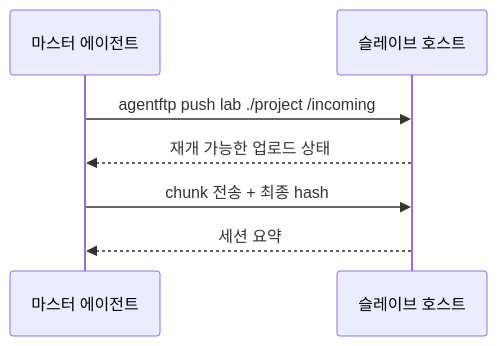
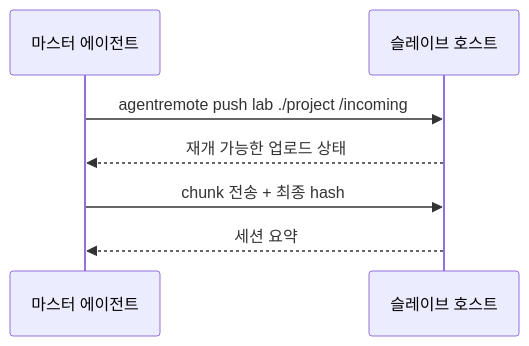
The second of 4 diagrams in README.ko.md (daystar7777/agent-remote-sync), drawn with Mermaid before and after one commit. The commit also changed other lines of this file and 97 other files, not shown here.

````diff
--- a/README.ko.md
+++ b/README.ko.md
@@ -138,9 +290,9 @@
 ```mermaid
 sequenceDiagram
   participant M as 마스터 에이전트
   participant S as 슬레이브 호스트
-  M->>S: agentftp push lab ./project /incoming
+  M->>S: agentremote push lab ./project /incoming
   S-->>M: 재개 가능한 업로드 상태
   M->>S: chunk 전송 + 최종 hash
   S-->>M: 세션 요약
 ```
````
